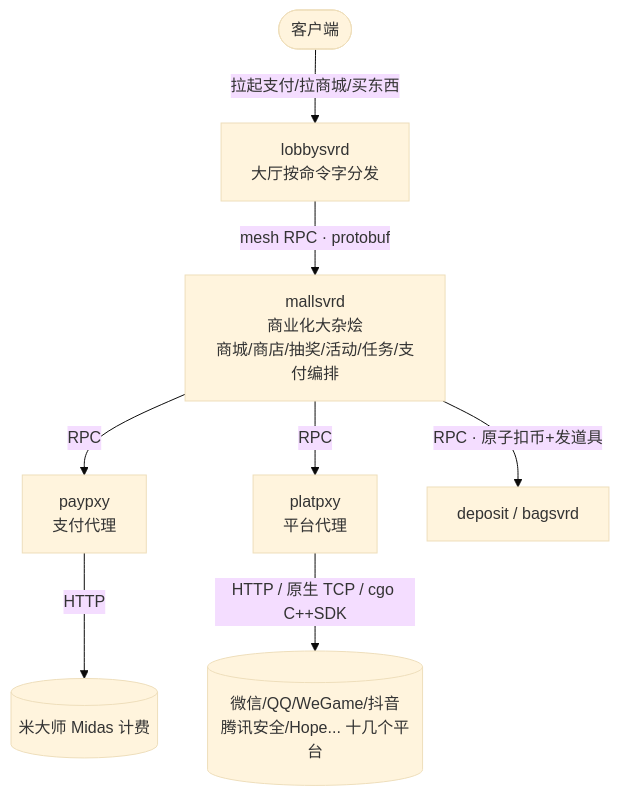
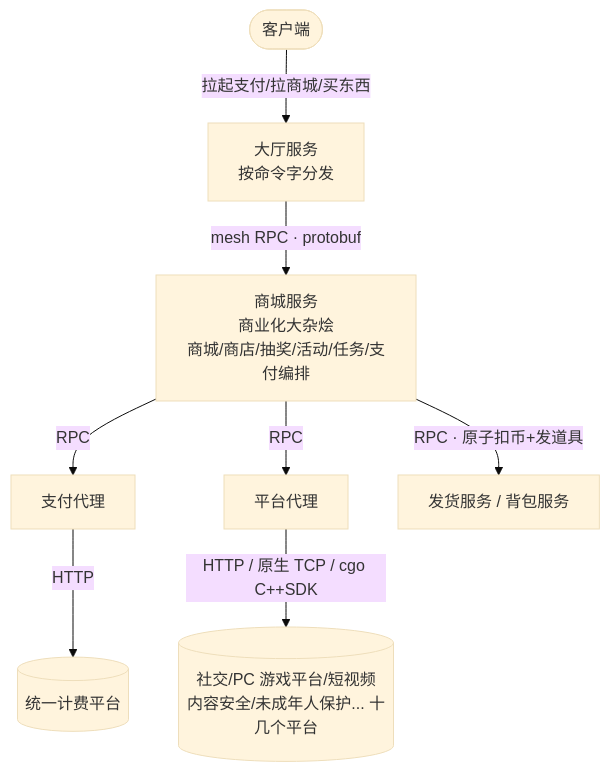
The first of 2 diagrams in docs/game-biz/business-proxy.md (m9rco/interview), drawn with Mermaid (base theme) before and after one commit. The commit also changed other lines of this file and 28 other files, not shown here.

````diff
--- a/docs/game-biz/business-proxy.md
+++ b/docs/game-biz/business-proxy.md
@@ -15,10 +15,10 @@
 ```mermaid
 flowchart TB
-  C([客户端]) -->|拉起支付/拉商城/买东西| LB[lobbysvrd<br/>大厅按命令字分发]
-  LB -->|mesh RPC · protobuf| MALL[mallsvrd<br/>商业化大杂烩<br/>商城/商店/抽奖/活动/任务/支付编排]
-  MALL -->|RPC| PAY[paypxy<br/>支付代理]
-  MALL -->|RPC| PLAT[platpxy<br/>平台代理]
-  MALL -->|RPC · 原子扣币+发道具| DEP[deposit / bagsvrd]
-  PAY -->|HTTP| MIDAS[(米大师 Midas 计费)]
-  PLAT -->|HTTP / 原生 TCP / cgo C++SDK| EXT[(微信/QQ/WeGame/抖音<br/>腾讯安全/Hope... 十几个平台)]
+  C([客户端]) -->|拉起支付/拉商城/买东西| LB[大厅服务<br/>按命令字分发]
+  LB -->|mesh RPC · protobuf| MALL[商城服务<br/>商业化大杂烩<br/>商城/商店/抽奖/活动/任务/支付编排]
+  MALL -->|RPC| PAY[支付代理]
+  MALL -->|RPC| PLAT[平台代理]
+  MALL -->|RPC · 原子扣币+发道具| DEP[发货服务 / 背包服务]
+  PAY -->|HTTP| MIDAS[(统一计费平台)]
+  PLAT -->|HTTP / 原生 TCP / cgo C++SDK| EXT[(社交/PC 游戏平台/短视频<br/>内容安全/未成年人保护... 十几个平台)]
 ```
````
